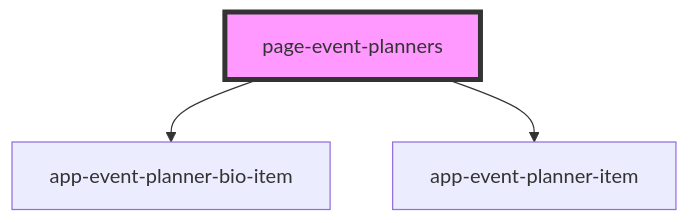
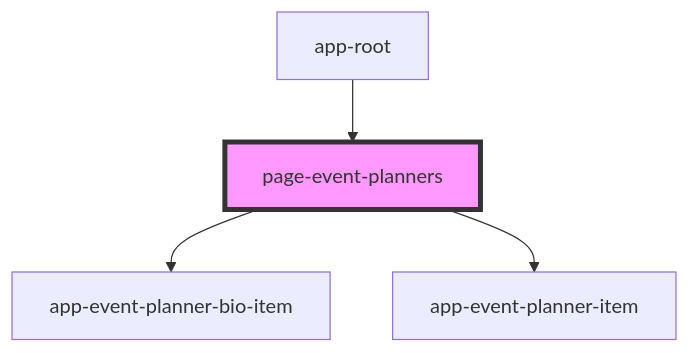
Before and after one commit to lokheed/IconEventNetwork.Web: the diagram in iconeventnetwork-web/src/components/pages/page-event-planners/readme.md, drawn with Mermaid. The commit also changed other lines of this file and 17 other files, not shown here.

````diff
--- a/iconeventnetwork-web/src/components/pages/page-event-planners/readme.md
+++ b/iconeventnetwork-web/src/components/pages/page-event-planners/readme.md
@@ -16,6 +20,7 @@
 ```mermaid
 graph TD;
   page-event-planners --> app-event-planner-bio-item
   page-event-planners --> app-event-planner-item
+  app-root --> page-event-planners
   style page-event-planners fill:#f9f,stroke:#333,stroke-width:4px
 ```
````
